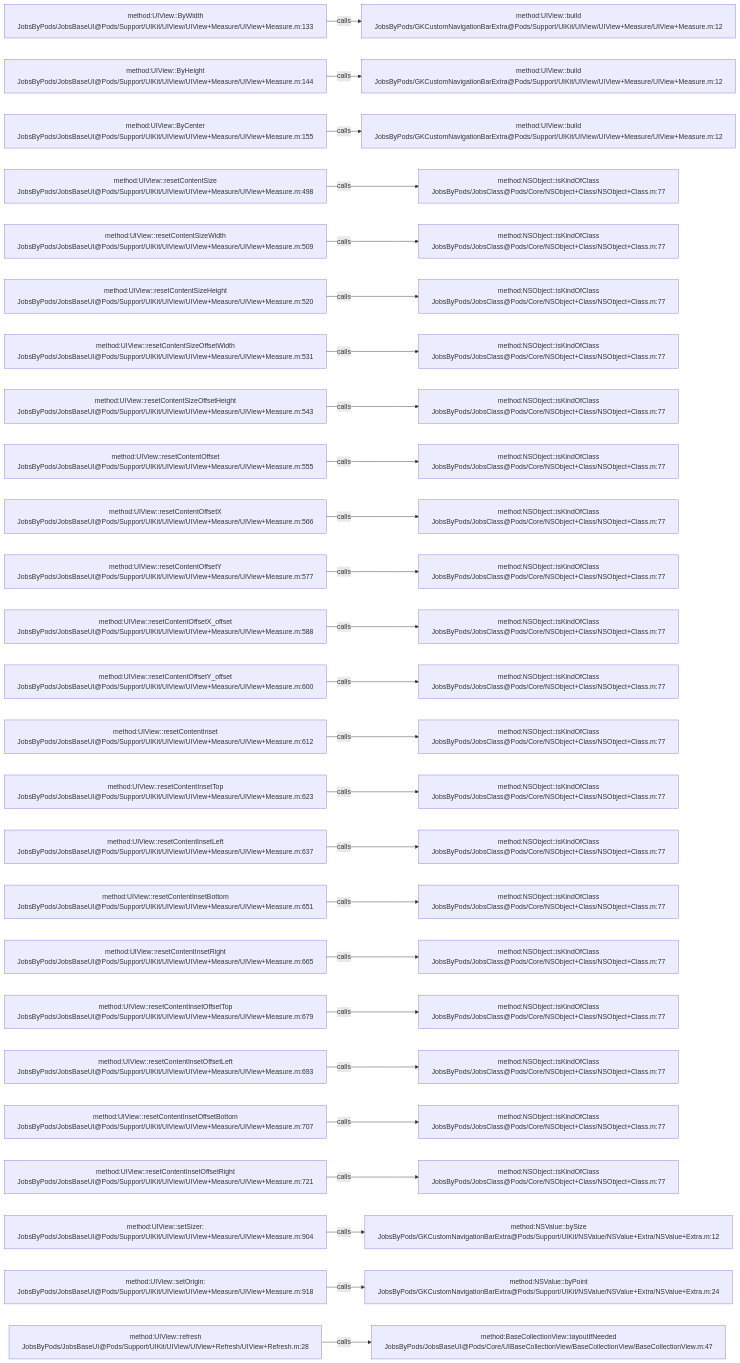
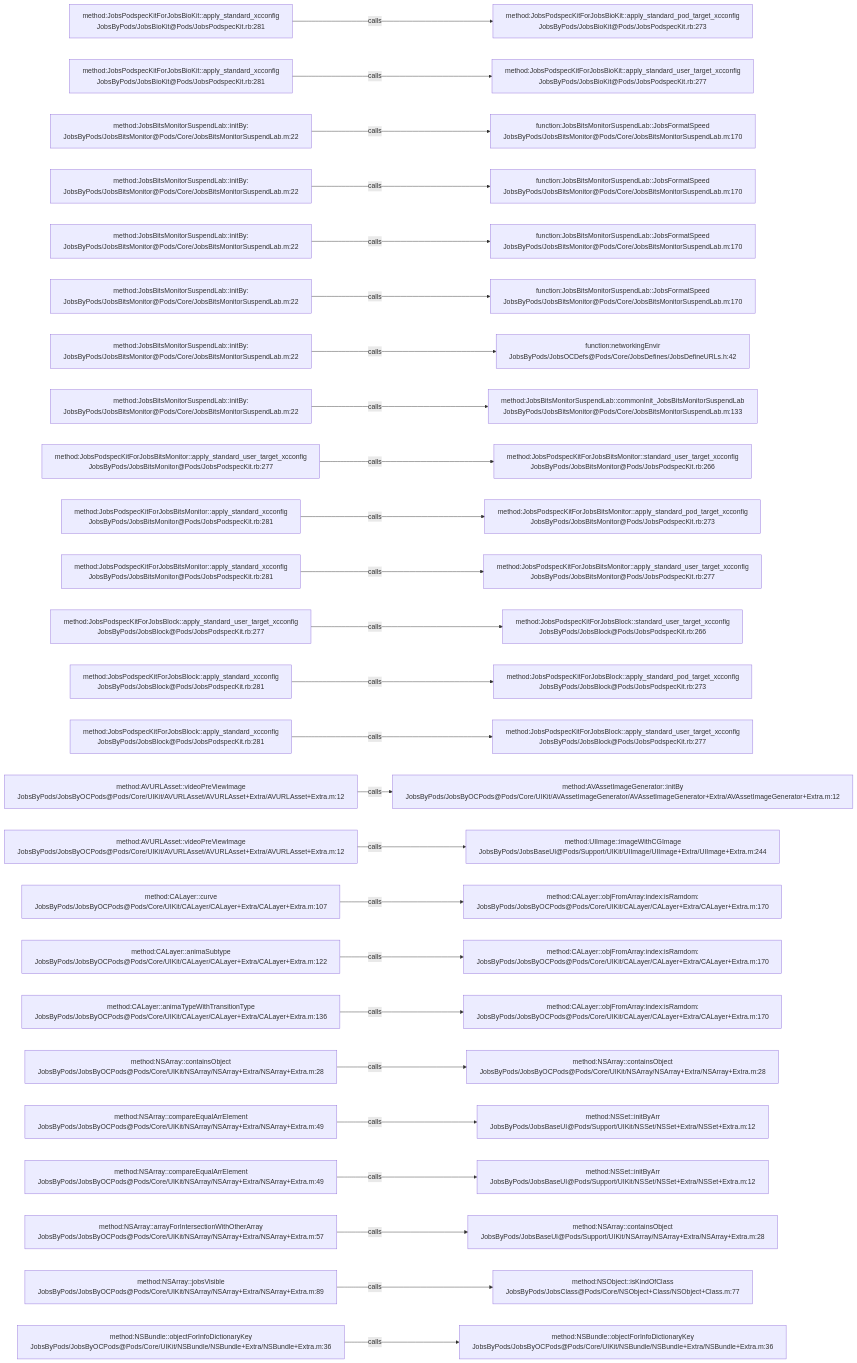
The diagram in .codegraph/codegraph.md/graphs/calls-049.md (JobsKits/JobsOCBaseConfigDemo), drawn with Mermaid before and after one commit. The commit also changed 639 other files, not shown here.

````diff
--- a/.codegraph/codegraph.md/graphs/calls-049.md
+++ b/.codegraph/codegraph.md/graphs/calls-049.md
@@ -13,78 +13,78 @@
 ```mermaid
 flowchart LR
-  S1["method:UIView::ByWidth<br/>JobsByPods/JobsBaseUI@Pods/Support/UIKit/UIView/UIView+Measure/UIView+Measure.m:133"]
-  T1["method:UIView::build<br/>JobsByPods/GKCustomNavigationBarExtra@Pods/Support/UIKit/UIView/UIView+Measure/UIView+Measure.m:12"]
+  S1["method:JobsPodspecKitForJobsBioKit::apply_standard_xcconfig<br/>JobsByPods/JobsBioKit@Pods/JobsPodspecKit.rb:281"]
+  T1["method:JobsPodspecKitForJobsBioKit::apply_standard_pod_target_xcconfig<br/>JobsByPods/JobsBioKit@Pods/JobsPodspecKit.rb:273"]
   S1 -->|calls| T1
-  S2["method:UIView::ByHeight<br/>JobsByPods/JobsBaseUI@Pods/Support/UIKit/UIView/UIView+Measure/UIView+Measure.m:144"]
-  T2["method:UIView::build<br/>JobsByPods/GKCustomNavigationBarExtra@Pods/Support/UIKit/UIView/UIView+Measure/UIView+Measure.m:12"]
+  S2["method:JobsPodspecKitForJobsBioKit::apply_standard_xcconfig<br/>JobsByPods/JobsBioKit@Pods/JobsPodspecKit.rb:281"]
+  T2["method:JobsPodspecKitForJobsBioKit::apply_standard_user_target_xcconfig<br/>JobsByPods/JobsBioKit@Pods/JobsPodspecKit.rb:277"]
   S2 -->|calls| T2
-  S3["method:UIView::ByCenter<br/>JobsByPods/JobsBaseUI@Pods/Support/UIKit/UIView/UIView+Measure/UIView+Measure.m:155"]
-  T3["method:UIView::build<br/>JobsByPods/GKCustomNavigationBarExtra@Pods/Support/UIKit/UIView/UIView+Measure/UIView+Measure.m:12"]
+  S3["method:JobsBitsMonitorSuspendLab::initBy:<br/>JobsByPods/JobsBitsMonitor@Pods/Core/JobsBitsMonitorSuspendLab.m:22"]
+  T3["function:JobsBitsMonitorSuspendLab::JobsFormatSpeed<br/>JobsByPods/JobsBitsMonitor@Pods/Core/JobsBitsMonitorSuspendLab.m:170"]
   S3 -->|calls| T3
-  S4["method:UIView::resetContentSize<br/>JobsByPods/JobsBaseUI@Pods/Support/UIKit/UIView/UIView+Measure/UIView+Measure.m:498"]
-  T4["method:NSObject::isKindOfClass<br/>JobsByPods/JobsClass@Pods/Core/NSObject+Class/NSObject+Class.m:77"]
+  S4["method:JobsBitsMonitorSuspendLab::initBy:<br/>JobsByPods/JobsBitsMonitor@Pods/Core/JobsBitsMonitorSuspendLab.m:22"]
+  T4["function:JobsBitsMonitorSuspendLab::JobsFormatSpeed<br/>JobsByPods/JobsBitsMonitor@Pods/Core/JobsBitsMonitorSuspendLab.m:170"]
   S4 -->|calls| T4
-  S5["method:UIView::resetContentSizeWidth<br/>JobsByPods/JobsBaseUI@Pods/Support/UIKit/UIView/UIView+Measure/UIView+Measure.m:509"]
-  T5["method:NSObject::isKindOfClass<br/>JobsByPods/JobsClass@Pods/Core/NSObject+Class/NSObject+Class.m:77"]
+  S5["method:JobsBitsMonitorSuspendLab::initBy:<br/>JobsByPods/JobsBitsMonitor@Pods/Core/JobsBitsMonitorSuspendLab.m:22"]
+  T5["function:JobsBitsMonitorSuspendLab::JobsFormatSpeed<br/>JobsByPods/JobsBitsMonitor@Pods/Core/JobsBitsMonitorSuspendLab.m:170"]
   S5 -->|calls| T5
-  S6["method:UIView::resetContentSizeHeight<br/>JobsByPods/JobsBaseUI@Pods/Support/UIKit/UIView/UIView+Measure/UIView+Measure.m:520"]
-  T6["method:NSObject::isKindOfClass<br/>JobsByPods/JobsClass@Pods/Core/NSObject+Class/NSObject+Class.m:77"]
+  S6["method:JobsBitsMonitorSuspendLab::initBy:<br/>JobsByPods/JobsBitsMonitor@Pods/Core/JobsBitsMonitorSuspendLab.m:22"]
+  T6["function:JobsBitsMonitorSuspendLab::JobsFormatSpeed<br/>JobsByPods/JobsBitsMonitor@Pods/Core/JobsBitsMonitorSuspendLab.m:170"]
   S6 -->|calls| T6
-  S7["method:UIView::resetContentSizeOffsetWidth<br/>JobsByPods/JobsBaseUI@Pods/Support/UIKit/UIView/UIView+Measure/UIView+Measure.m:531"]
-  T7["method:NSObject::isKindOfClass<br/>JobsByPods/JobsClass@Pods/Core/NSObject+Class/NSObject+Class.m:77"]
+  S7["method:JobsBitsMonitorSuspendLab::initBy:<br/>JobsByPods/JobsBitsMonitor@Pods/Core/JobsBitsMonitorSuspendLab.m:22"]
+  T7["function:networkingEnvir<br/>JobsByPods/JobsOCDefs@Pods/Core/JobsDefines/JobsDefineURLs.h:42"]
   S7 -->|calls| T7
-  S8["method:UIView::resetContentSizeOffsetHeight<br/>JobsByPods/JobsBaseUI@Pods/Support/UIKit/UIView/UIView+Measure/UIView+Measure.m:543"]
-  T8["method:NSObject::isKindOfClass<br/>JobsByPods/JobsClass@Pods/Core/NSObject+Class/NSObject+Class.m:77"]
+  S8["method:JobsBitsMonitorSuspendLab::initBy:<br/>JobsByPods/JobsBitsMonitor@Pods/Core/JobsBitsMonitorSuspendLab.m:22"]
+  T8["method:JobsBitsMonitorSuspendLab::commonInit_JobsBitsMonitorSuspendLab<br/>JobsByPods/JobsBitsMonitor@Pods/Core/JobsBitsMonitorSuspendLab.m:133"]
   S8 -->|calls| T8
-  S9["method:UIView::resetContentOffset<br/>JobsByPods/JobsBaseUI@Pods/Support/UIKit/UIView/UIView+Measure/UIView+Measure.m:555"]
-  T9["method:NSObject::isKindOfClass<br/>JobsByPods/JobsClass@Pods/Core/NSObject+Class/NSObject+Class.m:77"]
+  S9["method:JobsPodspecKitForJobsBitsMonitor::apply_standard_user_target_xcconfig<br/>JobsByPods/JobsBitsMonitor@Pods/JobsPodspecKit.rb:277"]
+  T9["method:JobsPodspecKitForJobsBitsMonitor::standard_user_target_xcconfig<br/>JobsByPods/JobsBitsMonitor@Pods/JobsPodspecKit.rb:266"]
   S9 -->|calls| T9
-  S10["method:UIView::resetContentOffsetX<br/>JobsByPods/JobsBaseUI@Pods/Support/UIKit/UIView/UIView+Measure/UIView+Measure.m:566"]
-  T10["method:NSObject::isKindOfClass<br/>JobsByPods/JobsClass@Pods/Core/NSObject+Class/NSObject+Class.m:77"]
+  S10["method:JobsPodspecKitForJobsBitsMonitor::apply_standard_xcconfig<br/>JobsByPods/JobsBitsMonitor@Pods/JobsPodspecKit.rb:281"]
+  T10["method:JobsPodspecKitForJobsBitsMonitor::apply_standard_pod_target_xcconfig<br/>JobsByPods/JobsBitsMonitor@Pods/JobsPodspecKit.rb:273"]
   S10 -->|calls| T10
-  S11["method:UIView::resetContentOffsetY<br/>JobsByPods/JobsBaseUI@Pods/Support/UIKit/UIView/UIView+Measure/UIView+Measure.m:577"]
-  T11["method:NSObject::isKindOfClass<br/>JobsByPods/JobsClass@Pods/Core/NSObject+Class/NSObject+Class.m:77"]
+  S11["method:JobsPodspecKitForJobsBitsMonitor::apply_standard_xcconfig<br/>JobsByPods/JobsBitsMonitor@Pods/JobsPodspecKit.rb:281"]
+  T11["method:JobsPodspecKitForJobsBitsMonitor::apply_standard_user_target_xcconfig<br/>JobsByPods/JobsBitsMonitor@Pods/JobsPodspecKit.rb:277"]
   S11 -->|calls| T11
-  S12["method:UIView::resetContentOffsetX_offset<br/>JobsByPods/JobsBaseUI@Pods/Support/UIKit/UIView/UIView+Measure/UIView+Measure.m:588"]
-  T12["method:NSObject::isKindOfClass<br/>JobsByPods/JobsClass@Pods/Core/NSObject+Class/NSObject+Class.m:77"]
+  S12["method:JobsPodspecKitForJobsBlock::apply_standard_user_target_xcconfig<br/>JobsByPods/JobsBlock@Pods/JobsPodspecKit.rb:277"]
+  T12["method:JobsPodspecKitForJobsBlock::standard_user_target_xcconfig<br/>JobsByPods/JobsBlock@Pods/JobsPodspecKit.rb:266"]
   S12 -->|calls| T12
-  S13["method:UIView::resetContentOffsetY_offset<br/>JobsByPods/JobsBaseUI@Pods/Support/UIKit/UIView/UIView+Measure/UIView+Measure.m:600"]
-  T13["method:NSObject::isKindOfClass<br/>JobsByPods/JobsClass@Pods/Core/NSObject+Class/NSObject+Class.m:77"]
+  S13["method:JobsPodspecKitForJobsBlock::apply_standard_xcconfig<br/>JobsByPods/JobsBlock@Pods/JobsPodspecKit.rb:281"]
+  T13["method:JobsPodspecKitForJobsBlock::apply_standard_pod_target_xcconfig<br/>JobsByPods/JobsBlock@Pods/JobsPodspecKit.rb:273"]
   S13 -->|calls| T13
-  S14["method:UIView::resetContentInset<br/>JobsByPods/JobsBaseUI@Pods/Support/UIKit/UIView/UIView+Measure/UIView+Measure.m:612"]
-  T14["method:NSObject::isKindOfClass<br/>JobsByPods/JobsClass@Pods/Core/NSObject+Class/NSObject+Class.m:77"]
+  S14["method:JobsPodspecKitForJobsBlock::apply_standard_xcconfig<br/>JobsByPods/JobsBlock@Pods/JobsPodspecKit.rb:281"]
+  T14["method:JobsPodspecKitForJobsBlock::apply_standard_user_target_xcconfig<br/>JobsByPods/JobsBlock@Pods/JobsPodspecKit.rb:277"]
   S14 -->|calls| T14
-  S15["method:UIView::resetContentInsetTop<br/>JobsByPods/JobsBaseUI@Pods/Support/UIKit/UIView/UIView+Measure/UIView+Measure.m:623"]
-  T15["method:NSObject::isKindOfClass<br/>JobsByPods/JobsClass@Pods/Core/NSObject+Class/NSObject+Class.m:77"]
+  S15["method:AVURLAsset::videoPreViewImage<br/>JobsByPods/JobsByOCPods@Pods/Core/UIKit/AVURLAsset/AVURLAsset+Extra/AVURLAsset+Extra.m:12"]
+  T15["method:AVAssetImageGenerator::initBy<br/>JobsByPods/JobsByOCPods@Pods/Core/UIKit/AVAssetImageGenerator/AVAssetImageGenerator+Extra/AVAssetImageGenerator+Extra.m:12"]
   S15 -->|calls| T15
-  S16["method:UIView::resetContentInsetLeft<br/>JobsByPods/JobsBaseUI@Pods/Support/UIKit/UIView/UIView+Measure/UIView+Measure.m:637"]
-  T16["method:NSObject::isKindOfClass<br/>JobsByPods/JobsClass@Pods/Core/NSObject+Class/NSObject+Class.m:77"]
+  S16["method:AVURLAsset::videoPreViewImage<br/>JobsByPods/JobsByOCPods@Pods/Core/UIKit/AVURLAsset/AVURLAsset+Extra/AVURLAsset+Extra.m:12"]
+  T16["method:UIImage::imageWithCGImage<br/>JobsByPods/JobsBaseUI@Pods/Support/UIKit/UIImage/UIImage+Extra/UIImage+Extra.m:244"]
   S16 -->|calls| T16
-  S17["method:UIView::resetContentInsetBottom<br/>JobsByPods/JobsBaseUI@Pods/Support/UIKit/UIView/UIView+Measure/UIView+Measure.m:651"]
-  T17["method:NSObject::isKindOfClass<br/>JobsByPods/JobsClass@Pods/Core/NSObject+Class/NSObject+Class.m:77"]
+  S17["method:CALayer::curve<br/>JobsByPods/JobsByOCPods@Pods/Core/UIKit/CALayer/CALayer+Extra/CALayer+Extra.m:107"]
+  T17["method:CALayer::objFromArray:index:isRamdom:<br/>JobsByPods/JobsByOCPods@Pods/Core/UIKit/CALayer/CALayer+Extra/CALayer+Extra.m:170"]
   S17 -->|calls| T17
-  S18["method:UIView::resetContentInsetRight<br/>JobsByPods/JobsBaseUI@Pods/Support/UIKit/UIView/UIView+Measure/UIView+Measure.m:665"]
-  T18["method:NSObject::isKindOfClass<br/>JobsByPods/JobsClass@Pods/Core/NSObject+Class/NSObject+Class.m:77"]
+  S18["method:CALayer::animaSubtype<br/>JobsByPods/JobsByOCPods@Pods/Core/UIKit/CALayer/CALayer+Extra/CALayer+Extra.m:122"]
+  T18["method:CALayer::objFromArray:index:isRamdom:<br/>JobsByPods/JobsByOCPods@Pods/Core/UIKit/CALayer/CALayer+Extra/CALayer+Extra.m:170"]
   S18 -->|calls| T18
-  S19["method:UIView::resetContentInsetOffsetTop<br/>JobsByPods/JobsBaseUI@Pods/Support/UIKit/UIView/UIView+Measure/UIView+Measure.m:679"]
-  T19["method:NSObject::isKindOfClass<br/>JobsByPods/JobsClass@Pods/Core/NSObject+Class/NSObject+Class.m:77"]
+  S19["method:CALayer::animaTypeWithTransitionType<br/>JobsByPods/JobsByOCPods@Pods/Core/UIKit/CALayer/CALayer+Extra/CALayer+Extra.m:136"]
+  T19["method:CALayer::objFromArray:index:isRamdom:<br/>JobsByPods/JobsByOCPods@Pods/Core/UIKit/CALayer/CALayer+Extra/CALayer+Extra.m:170"]
   S19 -->|calls| T19
-  S20["method:UIView::resetContentInsetOffsetLeft<br/>JobsByPods/JobsBaseUI@Pods/Support/UIKit/UIView/UIView+Measure/UIView+Measure.m:693"]
-  T20["method:NSObject::isKindOfClass<br/>JobsByPods/JobsClass@Pods/Core/NSObject+Class/NSObject+Class.m:77"]
+  S20["method:NSArray::containsObject<br/>JobsByPods/JobsByOCPods@Pods/Core/UIKit/NSArray/NSArray+Extra/NSArray+Extra.m:28"]
+  T20["method:NSArray::containsObject<br/>JobsByPods/JobsByOCPods@Pods/Core/UIKit/NSArray/NSArray+Extra/NSArray+Extra.m:28"]
   S20 -->|calls| T20
-  S21["method:UIView::resetContentInsetOffsetBottom<br/>JobsByPods/JobsBaseUI@Pods/Support/UIKit/UIView/UIView+Measure/UIView+Measure.m:707"]
-  T21["method:NSObject::isKindOfClass<br/>JobsByPods/JobsClass@Pods/Core/NSObject+Class/NSObject+Class.m:77"]
+  S21["method:NSArray::compareEqualArrElement<br/>JobsByPods/JobsByOCPods@Pods/Core/UIKit/NSArray/NSArray+Extra/NSArray+Extra.m:49"]
+  T21["method:NSSet::initByArr<br/>JobsByPods/JobsBaseUI@Pods/Support/UIKit/NSSet/NSSet+Extra/NSSet+Extra.m:12"]
   S21 -->|calls| T21
-  S22["method:UIView::resetContentInsetOffsetRight<br/>JobsByPods/JobsBaseUI@Pods/Support/UIKit/UIView/UIView+Measure/UIView+Measure.m:721"]
-  T22["method:NSObject::isKindOfClass<br/>JobsByPods/JobsClass@Pods/Core/NSObject+Class/NSObject+Class.m:77"]
+  S22["method:NSArray::compareEqualArrElement<br/>JobsByPods/JobsByOCPods@Pods/Core/UIKit/NSArray/NSArray+Extra/NSArray+Extra.m:49"]
+  T22["method:NSSet::initByArr<br/>JobsByPods/JobsBaseUI@Pods/Support/UIKit/NSSet/NSSet+Extra/NSSet+Extra.m:12"]
   S22 -->|calls| T22
-  S23["method:UIView::setSizer:<br/>JobsByPods/JobsBaseUI@Pods/Support/UIKit/UIView/UIView+Measure/UIView+Measure.m:904"]
-  T23["method:NSValue::bySize<br/>JobsByPods/GKCustomNavigationBarExtra@Pods/Support/UIKit/NSValue/NSValue+Extra/NSValue+Extra.m:12"]
+  S23["method:NSArray::arrayForIntersectionWithOtherArray<br/>JobsByPods/JobsByOCPods@Pods/Core/UIKit/NSArray/NSArray+Extra/NSArray+Extra.m:57"]
+  T23["method:NSArray::containsObject<br/>JobsByPods/JobsBaseUI@Pods/Support/UIKit/NSArray/NSArray+Extra/NSArray+Extra.m:28"]
   S23 -->|calls| T23
-  S24["method:UIView::setOrigin:<br/>JobsByPods/JobsBaseUI@Pods/Support/UIKit/UIView/UIView+Measure/UIView+Measure.m:918"]
-  T24["method:NSValue::byPoint<br/>JobsByPods/GKCustomNavigationBarExtra@Pods/Support/UIKit/NSValue/NSValue+Extra/NSValue+Extra.m:24"]
+  S24["method:NSArray::jobsVisible<br/>JobsByPods/JobsByOCPods@Pods/Core/UIKit/NSArray/NSArray+Extra/NSArray+Extra.m:89"]
+  T24["method:NSObject::isKindOfClass<br/>JobsByPods/JobsClass@Pods/Core/NSObject+Class/NSObject+Class.m:77"]
   S24 -->|calls| T24
-  S25["method:UIView::refresh<br/>JobsByPods/JobsBaseUI@Pods/Support/UIKit/UIView/UIView+Refresh/UIView+Refresh.m:28"]
-  T25["method:BaseCollectionView::layoutIfNeeded<br/>JobsByPods/JobsBaseUI@Pods/Core/UIBaseCollectionView/BaseCollectionView/BaseCollectionView.m:47"]
+  S25["method:NSBundle::objectForInfoDictionaryKey<br/>JobsByPods/JobsByOCPods@Pods/Core/UIKit/NSBundle/NSBundle+Extra/NSBundle+Extra.m:36"]
+  T25["method:NSBundle::objectForInfoDictionaryKey<br/>JobsByPods/JobsByOCPods@Pods/Core/UIKit/NSBundle/NSBundle+Extra/NSBundle+Extra.m:36"]
   S25 -->|calls| T25
 ```
````
